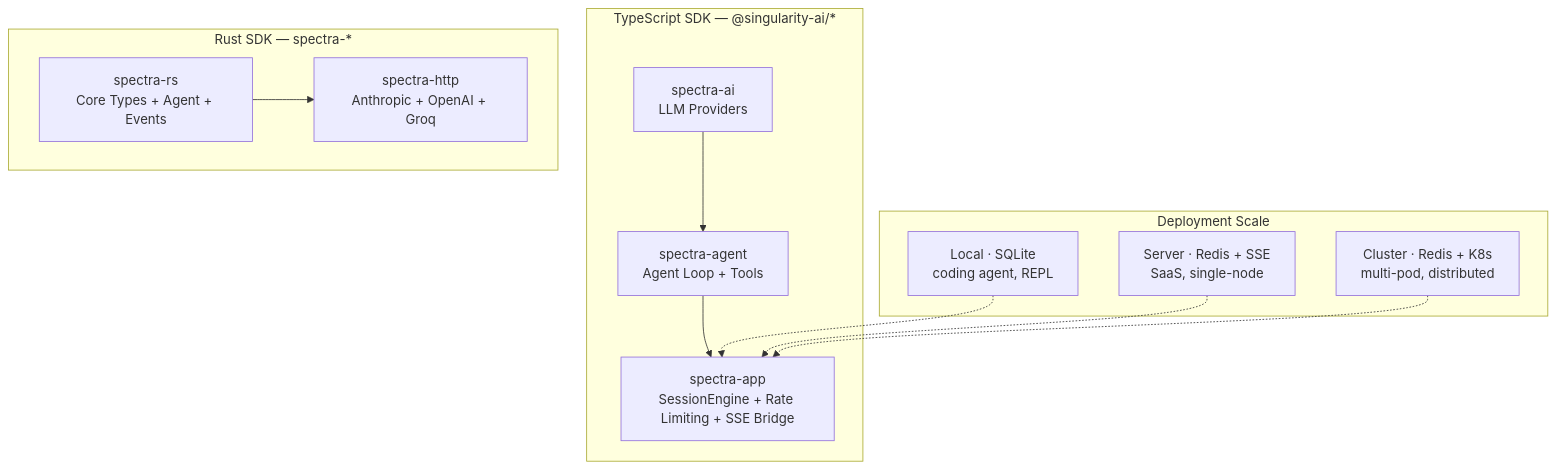
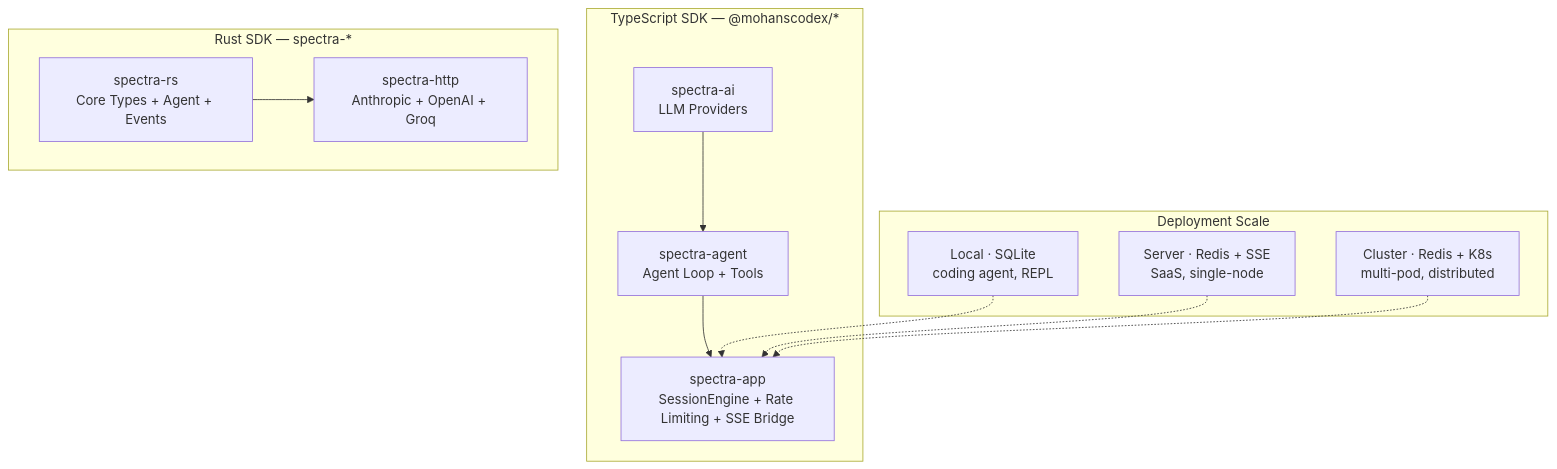
Before and after one commit to codex-mohan/spectra: the diagram in README.md, drawn with Mermaid. The commit also changed other lines of this file, not shown here.

Commit message:
docs: update obsolete @singularity-ai references to @mohanscodex

````diff
--- a/README.md
+++ b/README.md
@@ -17,24 +17,24 @@
 ```mermaid
 graph TB
-    subgraph TypeScript["TypeScript SDK — @singularity-ai/*"]
+    subgraph TypeScript["TypeScript SDK — @mohanscodex/*"]
         AI["spectra-ai<br/>LLM Providers"]
         AGENT["spectra-agent<br/>Agent Loop + Tools"]
         APP["spectra-app<br/>SessionEngine + Rate Limiting + SSE Bridge"]
         AI --> AGENT --> APP
     end
 
     subgraph Rust["Rust SDK — spectra-*"]
         RS["spectra-rs<br/>Core Types + Agent + Events"]
         HTTP["spectra-http<br/>Anthropic + OpenAI + Groq"]
         RS --> HTTP
     end
 
     subgraph Deploy["Deployment Scale"]
         LOCAL["Local · SQLite<br/>coding agent, REPL"]
         SERVER["Server · Redis + SSE<br/>SaaS, single-node"]
         CLUSTER["Cluster · Redis + K8s<br/>multi-pod, distributed"]
         LOCAL -.-> APP
         SERVER -.-> APP
         CLUSTER -.-> APP
     end
 ```
````
